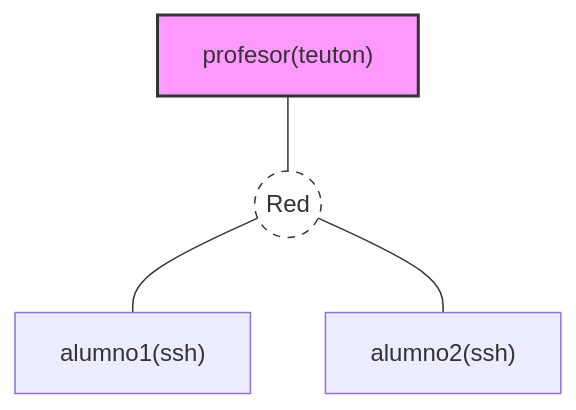
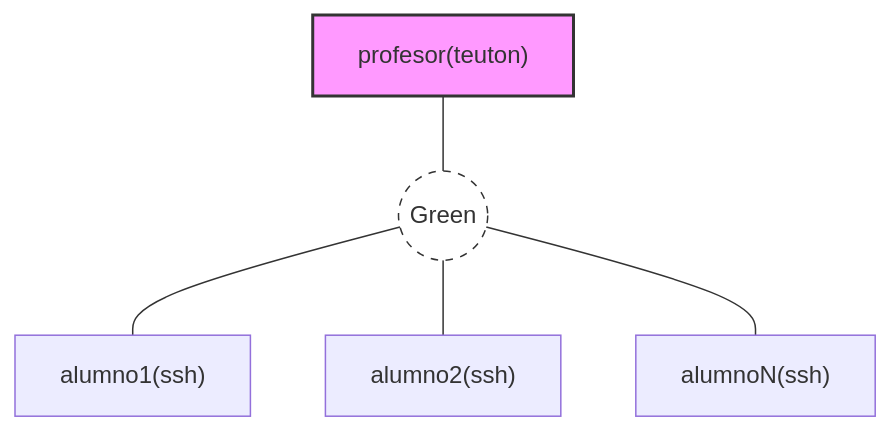
Before and after one commit to teuton-software/teuton: the diagram in docs/tutorial/es/nginx/README.md, drawn with Mermaid.

````diff
--- a/docs/tutorial/es/nginx/README.md
+++ b/docs/tutorial/es/nginx/README.md
@@ -8,17 +8,19 @@
 ```mermaid
 graph TD
     %% Definición de los nodos
     P["profesor(teuton)"]
-    R(( Red ))
+    R(( Green ))
     A1["alumno1(ssh)"]
     A2["alumno2(ssh)"]
+    An["alumnoN(ssh)"]
 
     %% Conexiones
     P --- R
     R --- A1
     R --- A2
+    R --- An
 
     %% Estilos (Opcional)
     style P fill:#f9f,stroke:#333,stroke-width:2px
     style R fill:#fff,stroke:#333,stroke-dasharray: 5 5
 ```
````
